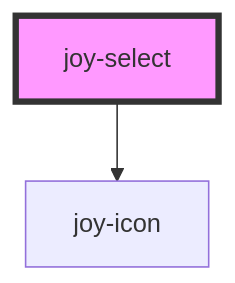
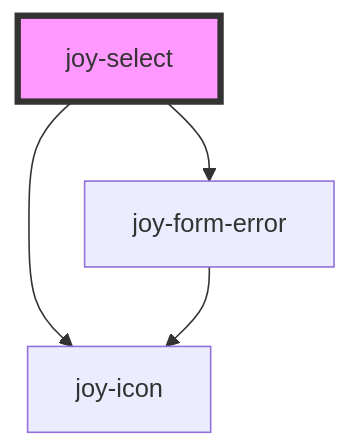
The diagram in core/src/components/select/readme.md (Maltcommunity/joy), drawn with Mermaid before and after one commit. The commit also changed other lines of this file and 157 other files, not shown here.

````diff
--- a/core/src/components/select/readme.md
+++ b/core/src/components/select/readme.md
@@ -26,5 +73,7 @@
 ```mermaid
 graph TD;
   joy-select --> joy-icon
+  joy-select --> joy-form-error
+  joy-form-error --> joy-icon
   style joy-select fill:#f9f,stroke:#333,stroke-width:4px
 ```
````
